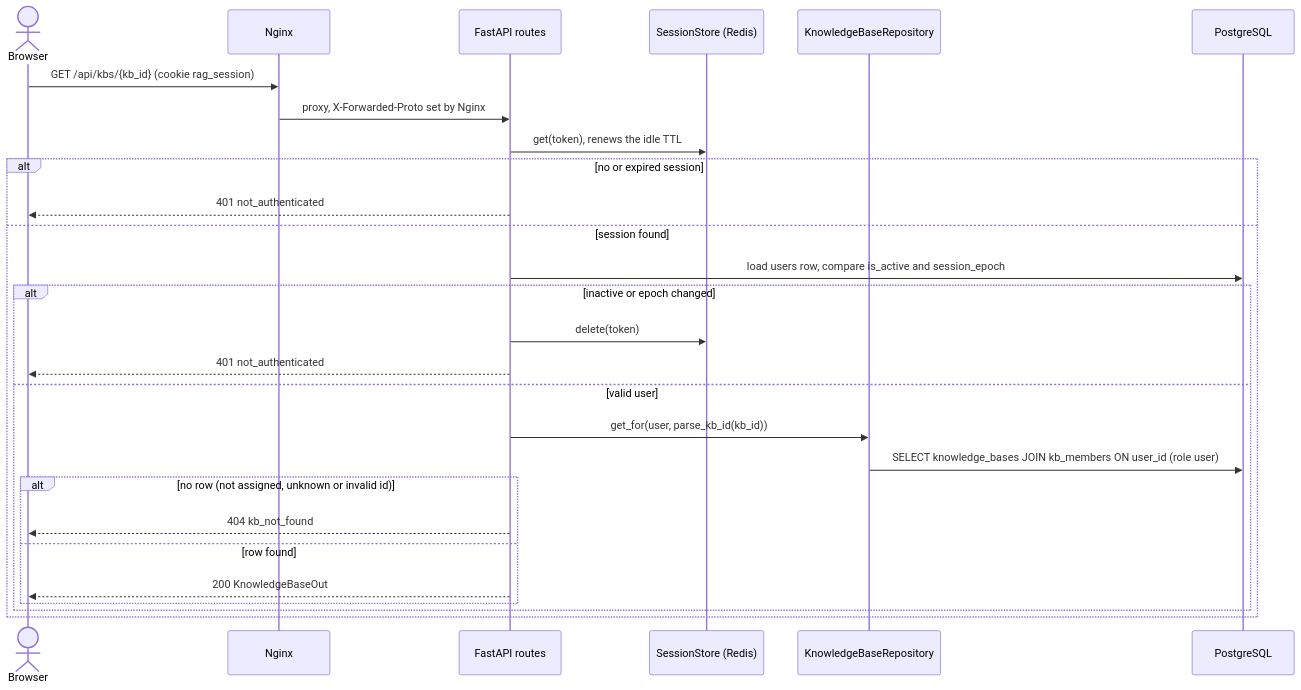
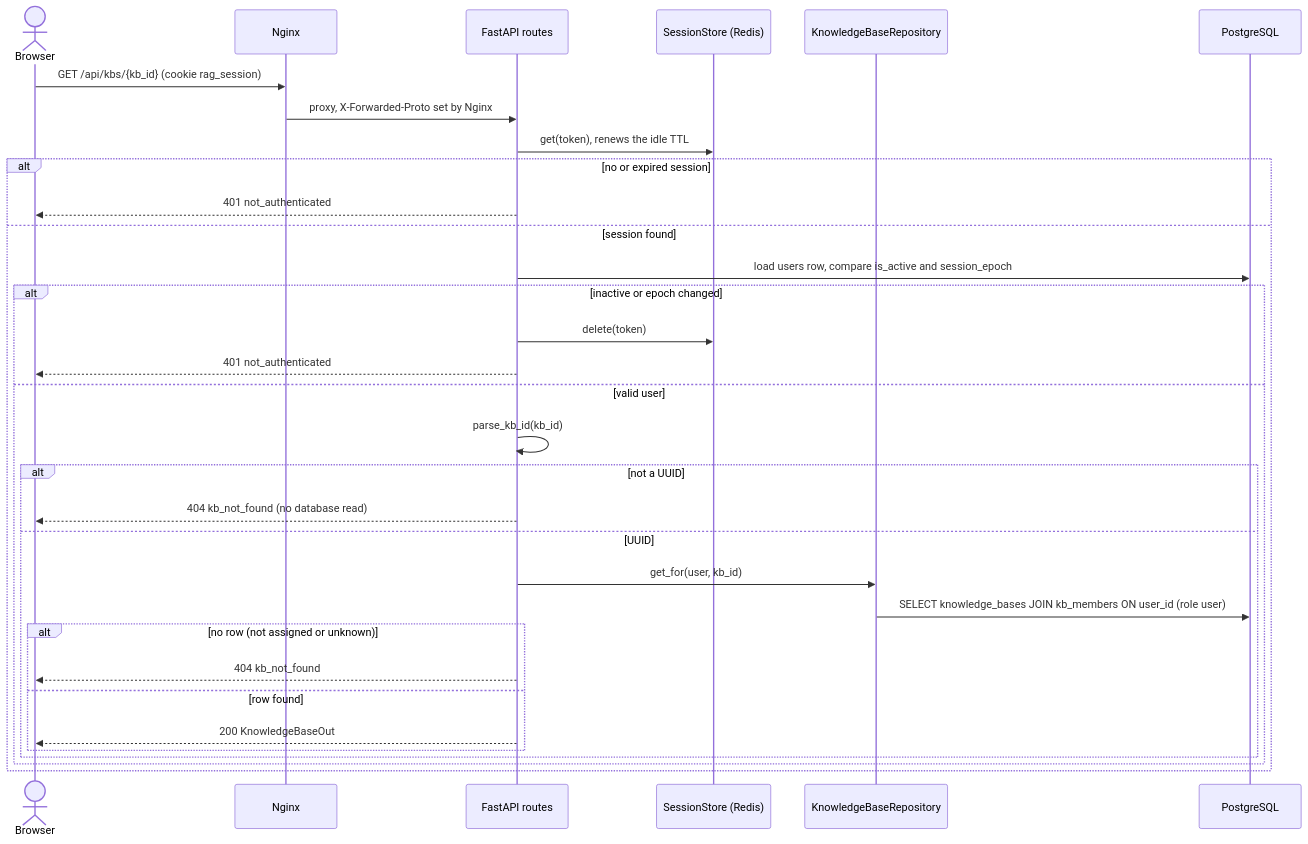
One commit to jumping2000/advancedRAG changed the second of 5 diagrams in docs/system/fondazioni.md. Above: the diagram before and after it, drawn with Mermaid. The commit also changed other lines of this file and 6 other files, not shown here.

````diff
--- a/docs/system/fondazioni.md
+++ b/docs/system/fondazioni.md
@@ -96,29 +109,34 @@
 ```mermaid
 sequenceDiagram
     actor B as Browser
     participant N as Nginx
     participant API as FastAPI routes
     participant S as SessionStore (Redis)
     participant Repo as KnowledgeBaseRepository
     participant DB as PostgreSQL
     B->>N: GET /api/kbs/{kb_id} (cookie rag_session)
     N->>API: proxy, X-Forwarded-Proto set by Nginx
     API->>S: get(token), renews the idle TTL
     alt no or expired session
         API-->>B: 401 not_authenticated
     else session found
         API->>DB: load users row, compare is_active and session_epoch
         alt inactive or epoch changed
             API->>S: delete(token)
             API-->>B: 401 not_authenticated
         else valid user
-            API->>Repo: get_for(user, parse_kb_id(kb_id))
-            Repo->>DB: SELECT knowledge_bases JOIN kb_members ON user_id (role user)
-            alt no row (not assigned, unknown or invalid id)
-                API-->>B: 404 kb_not_found
-            else row found
-                API-->>B: 200 KnowledgeBaseOut
+            API->>API: parse_kb_id(kb_id)
+            alt not a UUID
+                API-->>B: 404 kb_not_found (no database read)
+            else UUID
+                API->>Repo: get_for(user, kb_id)
+                Repo->>DB: SELECT knowledge_bases JOIN kb_members ON user_id (role user)
+                alt no row (not assigned or unknown)
+                    API-->>B: 404 kb_not_found
+                else row found
+                    API-->>B: 200 KnowledgeBaseOut
+                end
             end
         end
     end
 ```
````
